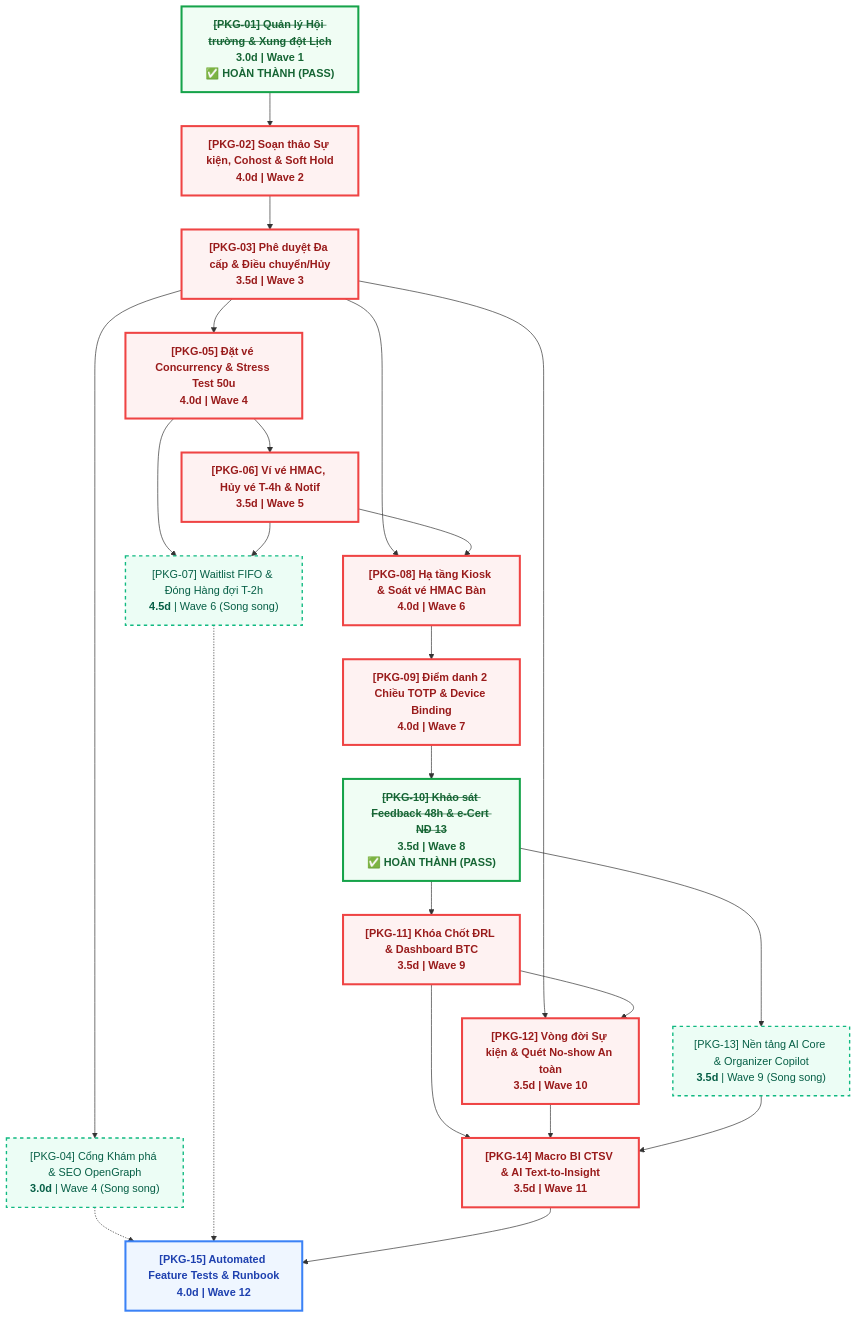
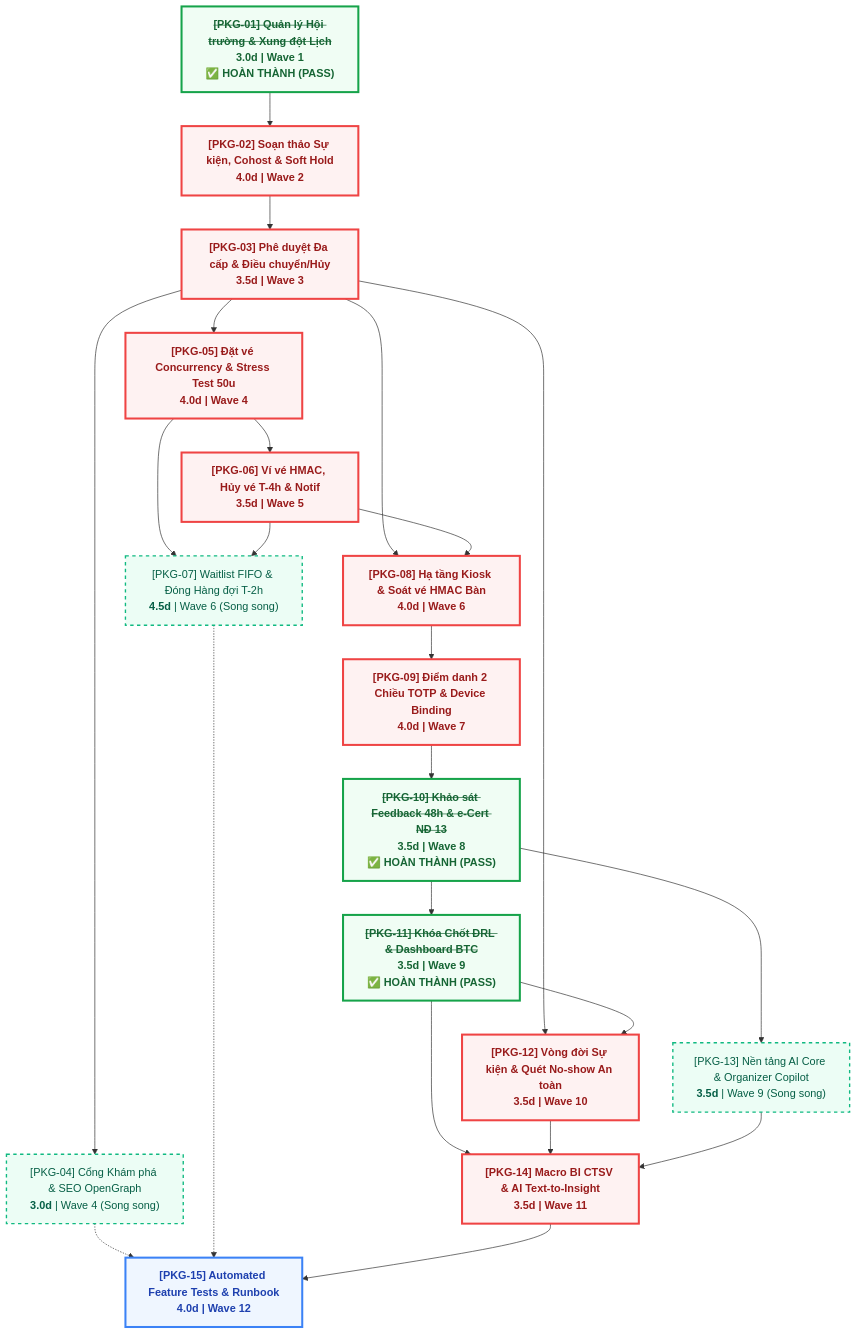
Before and after one commit to tuannba241006/CEHMainProject: the diagram in docs/plans/Phase_2_Work_Packages.md, drawn with Mermaid. The commit also changed other lines of this file and 12 other files, not shown here.

````diff
--- a/docs/plans/Phase_2_Work_Packages.md
+++ b/docs/plans/Phase_2_Work_Packages.md
@@ -102,63 +102,63 @@
 ```mermaid
 flowchart TD
     %% Node Styling Definitions
     classDef criticalPath fill:#fef2f2,stroke:#ef4444,stroke-width:3px,color:#991b1b,font-weight:bold;
     classDef parallelTrack fill:#ecfdf5,stroke:#10b981,stroke-width:2px,stroke-dasharray: 5 5,color:#065f46;
     classDef finalHarness fill:#eff6ff,stroke:#3b82f6,stroke-width:3px,color:#1e40af,font-weight:bold;
     classDef completed fill:#f0fdf4,stroke:#16a34a,stroke-width:3px,color:#166534,font-weight:bold;
 
     %% Work Packages Nodes
     PKG01["<s>[PKG-01] Quản lý Hội trường & Xung đột Lịch</s><br/><b>3.0d</b> | Wave 1<br/>✅ <b>HOÀN THÀNH (PASS)</b>"]:::completed
     PKG02["[PKG-02] Soạn thảo Sự kiện, Cohost & Soft Hold<br/><b>4.0d</b> | Wave 2"]:::criticalPath
     PKG03["[PKG-03] Phê duyệt Đa cấp & Điều chuyển/Hủy<br/><b>3.5d</b> | Wave 3"]:::criticalPath
 
     PKG04["[PKG-04] Cổng Khám phá & SEO OpenGraph<br/><b>3.0d</b> | Wave 4 (Song song)"]:::parallelTrack
     PKG05["[PKG-05] Đặt vé Concurrency & Stress Test 50u<br/><b>4.0d</b> | Wave 4"]:::criticalPath
 
     PKG06["[PKG-06] Ví vé HMAC, Hủy vé T-4h & Notif<br/><b>3.5d</b> | Wave 5"]:::criticalPath
     PKG07["[PKG-07] Waitlist FIFO & Đóng Hàng đợi T-2h<br/><b>4.5d</b> | Wave 6 (Song song)"]:::parallelTrack
     PKG08["[PKG-08] Hạ tầng Kiosk & Soát vé HMAC Bàn<br/><b>4.0d</b> | Wave 6"]:::criticalPath
 
     PKG09["[PKG-09] Điểm danh 2 Chiều TOTP & Device Binding<br/><b>4.0d</b> | Wave 7"]:::criticalPath
     PKG10["<s>[PKG-10] Khảo sát Feedback 48h & e-Cert NĐ 13</s><br/><b>3.5d</b> | Wave 8<br/>✅ <b>HOÀN THÀNH (PASS)</b>"]:::completed
 
-    PKG11["[PKG-11] Khóa Chốt ĐRL & Dashboard BTC<br/><b>3.5d</b> | Wave 9"]:::criticalPath
+    PKG11["<s>[PKG-11] Khóa Chốt ĐRL & Dashboard BTC</s><br/><b>3.5d</b> | Wave 9<br/>✅ <b>HOÀN THÀNH (PASS)</b>"]:::completed
     PKG12["[PKG-12] Vòng đời Sự kiện & Quét No-show An toàn<br/><b>3.5d</b> | Wave 10"]:::criticalPath
 
     PKG13["[PKG-13] Nền tảng AI Core & Organizer Copilot<br/><b>3.5d</b> | Wave 9 (Song song)"]:::parallelTrack
     PKG14["[PKG-14] Macro BI CTSV & AI Text-to-Insight<br/><b>3.5d</b> | Wave 11"]:::criticalPath
 
     PKG15["[PKG-15] Automated Feature Tests & Runbook<br/><b>4.0d</b> | Wave 12"]:::finalHarness
 
     %% Edges (Dependencies)
     PKG01 --> PKG02
     PKG02 --> PKG03
 
     PKG03 --> PKG04
     PKG03 --> PKG05
 
     PKG05 --> PKG06
 
     PKG05 --> PKG07
     PKG06 --> PKG07
 
     PKG03 --> PKG08
     PKG06 --> PKG08
 
     PKG08 --> PKG09
     PKG09 --> PKG10
 
     PKG10 --> PKG11
     PKG10 --> PKG13
 
     PKG03 --> PKG12
     PKG11 --> PKG12
 
     PKG11 --> PKG14
     PKG12 --> PKG14
     PKG13 --> PKG14
 
     PKG04 -.-> PKG15
     PKG07 -.-> PKG15
     PKG14 --> PKG15
 ```
````
